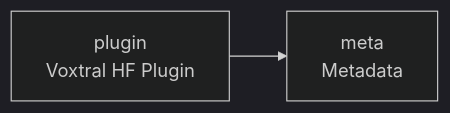
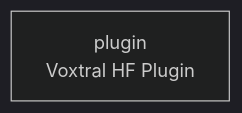
Before and after one commit to cj-mills/cjm-capability-voxtral-hf: the diagram in README.md, drawn with Mermaid (dark theme). The commit also changed other lines of this file and 2 other files, not shown here.

````diff
--- a/README.md
+++ b/README.md
@@ -22,7 +21,4 @@
 ``` mermaid
 graph LR
-    meta["meta<br/>Metadata"]
     plugin["plugin<br/>Voxtral HF Plugin"]
-
-    plugin --> meta
 ```
````
